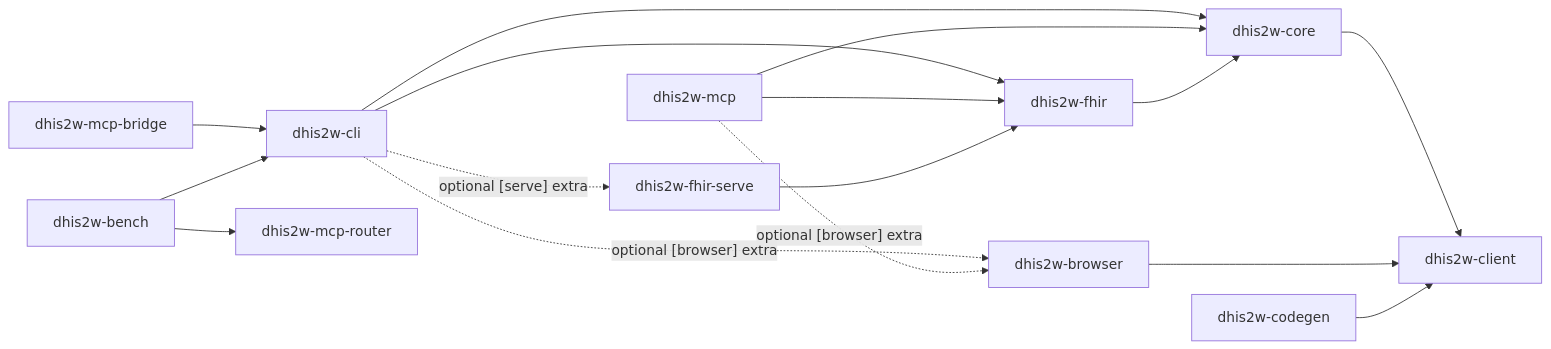
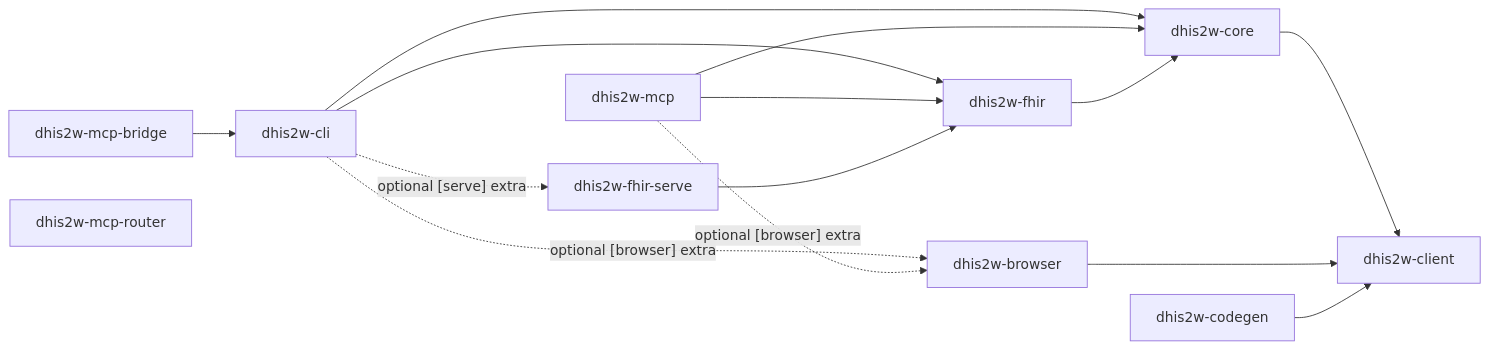
One commit to winterop-com/dhis2w changed the diagram in docs/architecture/overview.md. Above: the diagram before and after it, drawn with Mermaid. The commit also changed other lines of this file and 30 other files, not shown here.

````diff
--- a/docs/architecture/overview.md
+++ b/docs/architecture/overview.md
@@ -56,30 +55,27 @@
 ```mermaid
 graph LR
-    bench["dhis2w-bench"]
     bridge["dhis2w-mcp-bridge"]
     cli["dhis2w-cli"]
     mcp["dhis2w-mcp"]
     router["dhis2w-mcp-router"]
     core["dhis2w-core"]
     browser["dhis2w-browser"]
     codegen["dhis2w-codegen"]
     client["dhis2w-client"]
     fhir["dhis2w-fhir"]
     fhirserve["dhis2w-fhir-serve"]
 
     cli --> core
     mcp --> core
     cli --> fhir
     mcp --> fhir
     fhir --> core
     fhirserve --> fhir
     bridge --> cli
-    bench --> cli
-    bench --> router
     core --> client
     browser --> client
     codegen --> client
     cli -.->|"optional [browser] extra"| browser
     mcp -.->|"optional [browser] extra"| browser
     cli -.->|"optional [serve] extra"| fhirserve
 ```
````
